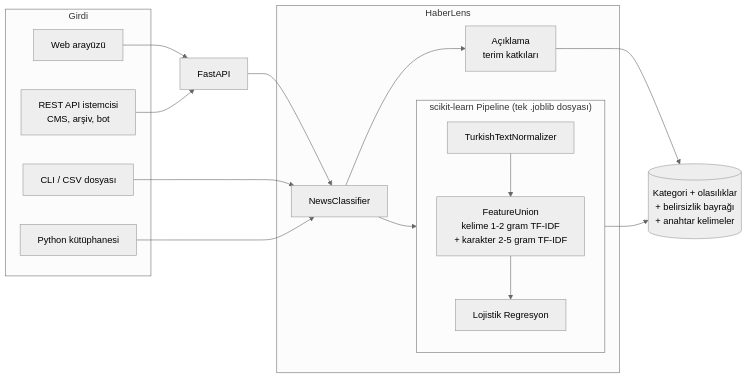
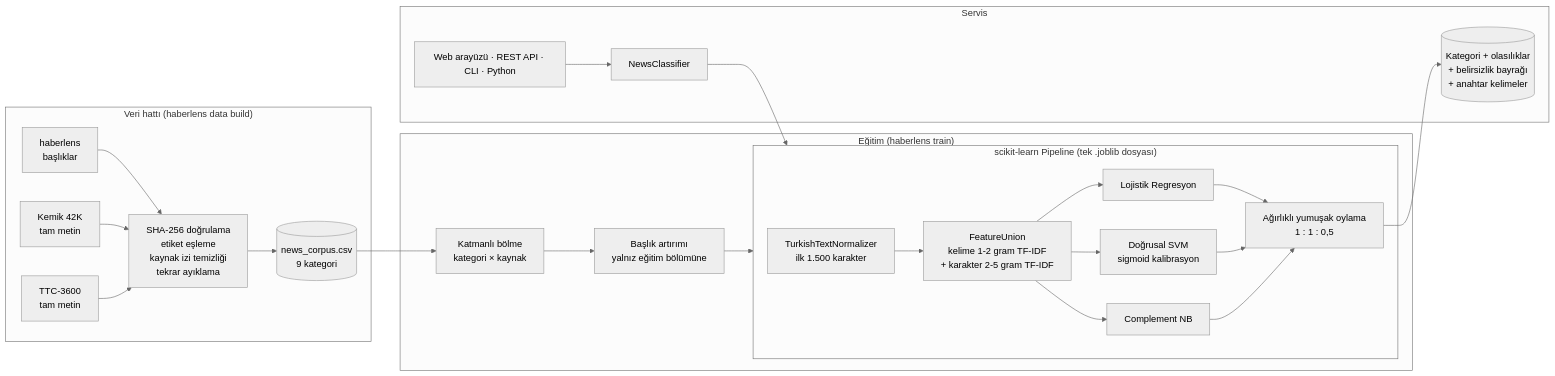
The diagram in docs/ARCHITECTURE.md (kilicchalitt/haberlens), drawn with Mermaid (neutral theme) before and after one commit. The commit also changed other lines of this file, not shown here.

First line of the commit message:
docs(architecture): describe data pipeline, ensemble and headline augmentation

````diff
--- a/docs/ARCHITECTURE.md
+++ b/docs/ARCHITECTURE.md
@@ -5,24 +5,25 @@
 ```mermaid
 flowchart LR
-    subgraph Girdi
-        A1[Web arayüzü]
-        A2[REST API istemcisi<br/>CMS, arşiv, bot]
-        A3[CLI / CSV dosyası]
-        A4[Python kütüphanesi]
+    subgraph Veri["Veri hattı (haberlens data build)"]
+        S1[haberlens<br/>başlıklar] & S2[Kemik 42K<br/>tam metin] & S3[TTC-3600<br/>tam metin] --> D1[SHA-256 doğrulama<br/>etiket eşleme<br/>kaynak izi temizliği<br/>tekrar ayıklama]
+        D1 --> D2[(news_corpus.csv<br/>9 kategori)]
     end
 
-    subgraph HaberLens
-        B[NewsClassifier]
-        subgraph Pipeline["scikit-learn Pipeline (tek .joblib dosyası)"]
-            C1[TurkishTextNormalizer] --> C2[FeatureUnion<br/>kelime 1-2 gram TF-IDF<br/>+ karakter 2-5 gram TF-IDF]
-            C2 --> C3[Lojistik Regresyon]
-        end
-        B --> Pipeline
-        B --> E[Açıklama<br/>terim katkıları]
+    subgraph Egitim["Eğitim (haberlens train)"]
+        D2 --> T1[Katmanlı bölme<br/>kategori × kaynak]
+        T1 --> T2[Başlık artırımı<br/>yalnız eğitim bölümüne]
+        T2 --> P
     end
 
-    A1 & A2 --> F[FastAPI] --> B
-    A3 & A4 --> B
-    Pipeline --> G[(Kategori + olasılıklar<br/>+ belirsizlik bayrağı<br/>+ anahtar kelimeler)]
-    E --> G
+    subgraph P["scikit-learn Pipeline (tek .joblib dosyası)"]
+        C1[TurkishTextNormalizer<br/>ilk 1.500 karakter] --> C2[FeatureUnion<br/>kelime 1-2 gram TF-IDF<br/>+ karakter 2-5 gram TF-IDF]
+        C2 --> M1[Lojistik Regresyon] & M2[Doğrusal SVM<br/>sigmoid kalibrasyon] & M3[Complement NB]
+        M1 & M2 & M3 --> V[Ağırlıklı yumuşak oylama<br/>1 : 1 : 0,5]
+    end
+
+    subgraph Servis["Servis"]
+        A[Web arayüzü · REST API · CLI · Python] --> N[NewsClassifier]
+        N --> P
+        V --> R[(Kategori + olasılıklar<br/>+ belirsizlik bayrağı<br/>+ anahtar kelimeler)]
+    end
 ```
````
